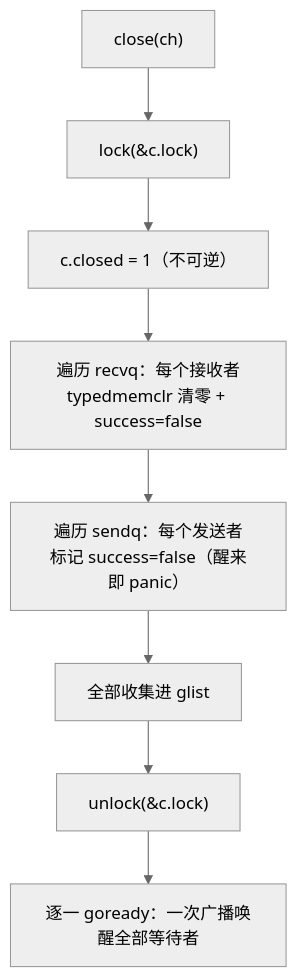
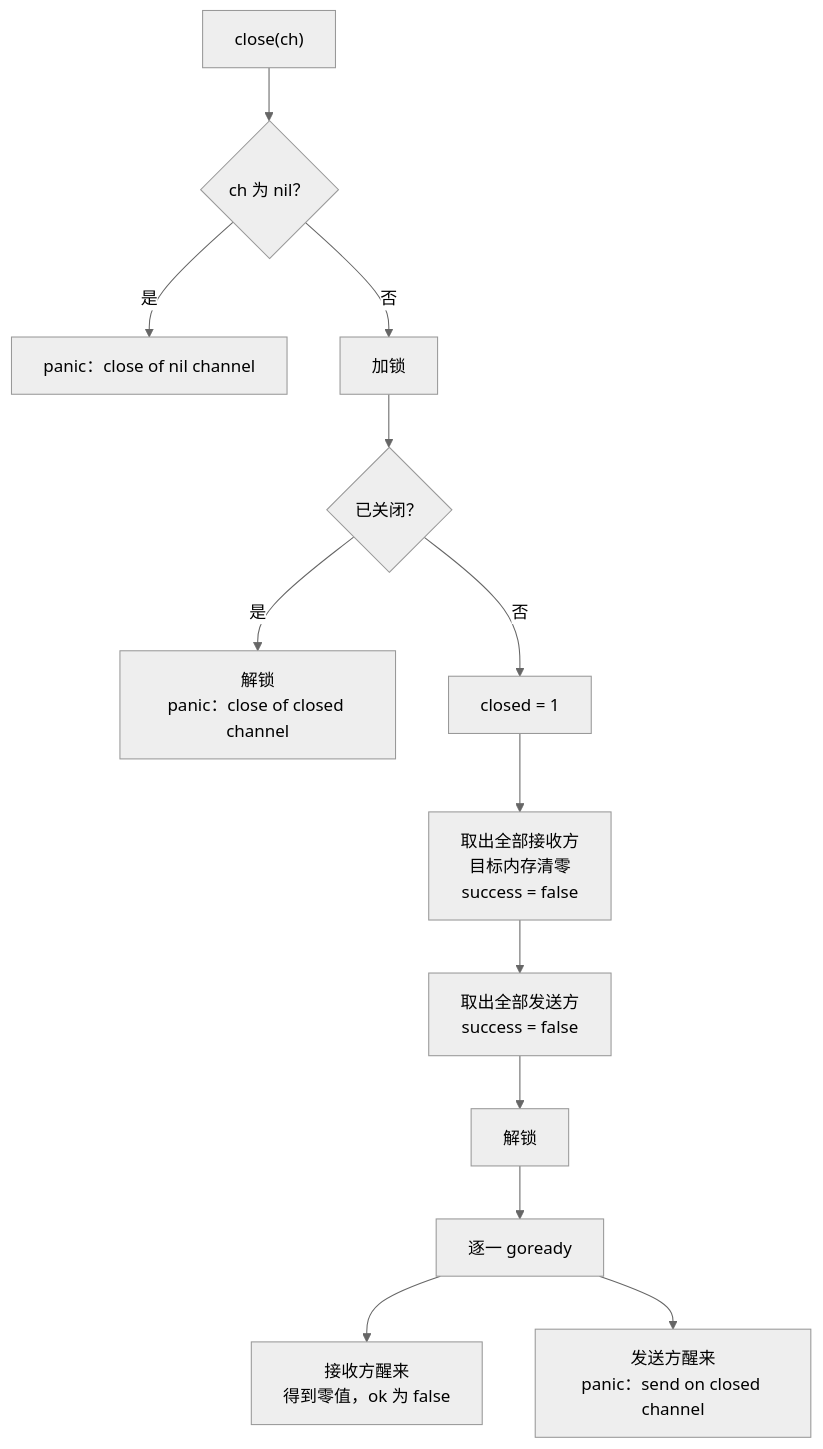
Before and after one commit to golang-design/under-the-hood: the first of 2 diagrams in book/zh-cn/part3concurrency/ch10chan/close.md, drawn with Mermaid (neutral theme). The commit also changed other lines of this file and 7 other files, not shown here.

````diff
--- a/book/zh-cn/part3concurrency/ch10chan/close.md
+++ b/book/zh-cn/part3concurrency/ch10chan/close.md
@@ -96,10 +100,15 @@
 ```mermaid
 flowchart TD
-    C["close(ch)"] --> L["lock(&c.lock)"]
-    L --> S["c.closed = 1（不可逆）"]
-    S --> RQ["遍历 recvq：每个接收者<br/>typedmemclr 清零 + success=false"]
-    RQ --> SQ["遍历 sendq：每个发送者<br/>标记 success=false（醒来即 panic）"]
-    SQ --> G["全部收集进 glist"]
-    G --> U["unlock(&c.lock)"]
-    U --> R["逐一 goready：一次广播唤醒全部等待者"]
+    A["close(ch)"] --> N{"ch 为 nil？"}
+    N -->|是| P1["panic：close of nil channel"]
+    N -->|否| L["加锁"]
+    L --> C{"已关闭？"}
+    C -->|是| P2["解锁<br/>panic：close of closed channel"]
+    C -->|否| S["closed = 1"]
+    S --> RQ["取出全部接收方<br/>目标内存清零<br/>success = false"]
+    RQ --> SQ["取出全部发送方<br/>success = false"]
+    SQ --> U["解锁"]
+    U --> G["逐一 goready"]
+    G --> RW["接收方醒来<br/>得到零值，ok 为 false"]
+    G --> SW["发送方醒来<br/>panic：send on closed channel"]
 ```
````
